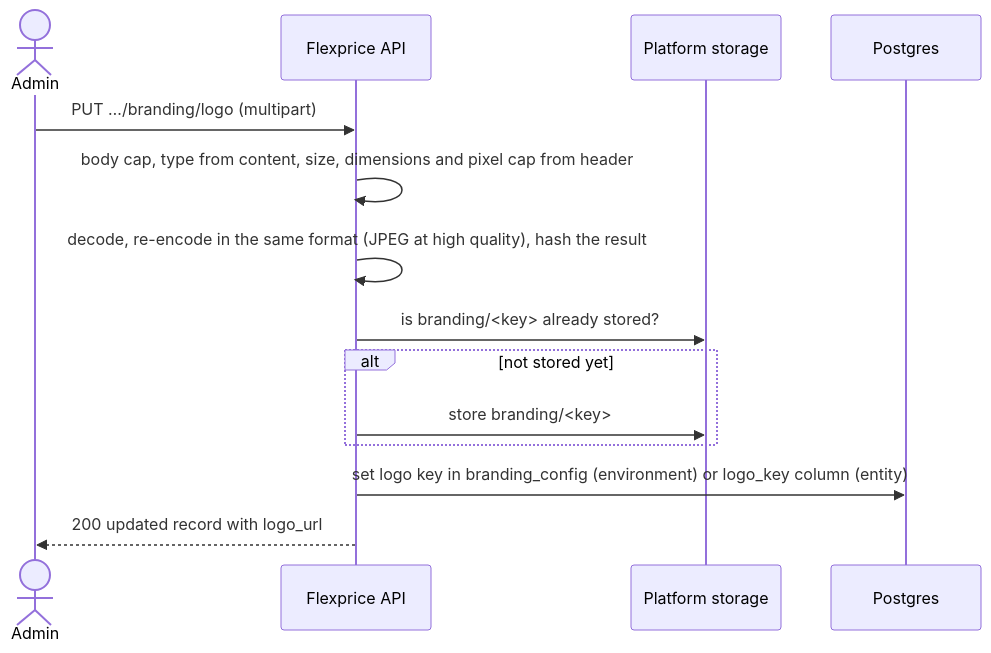
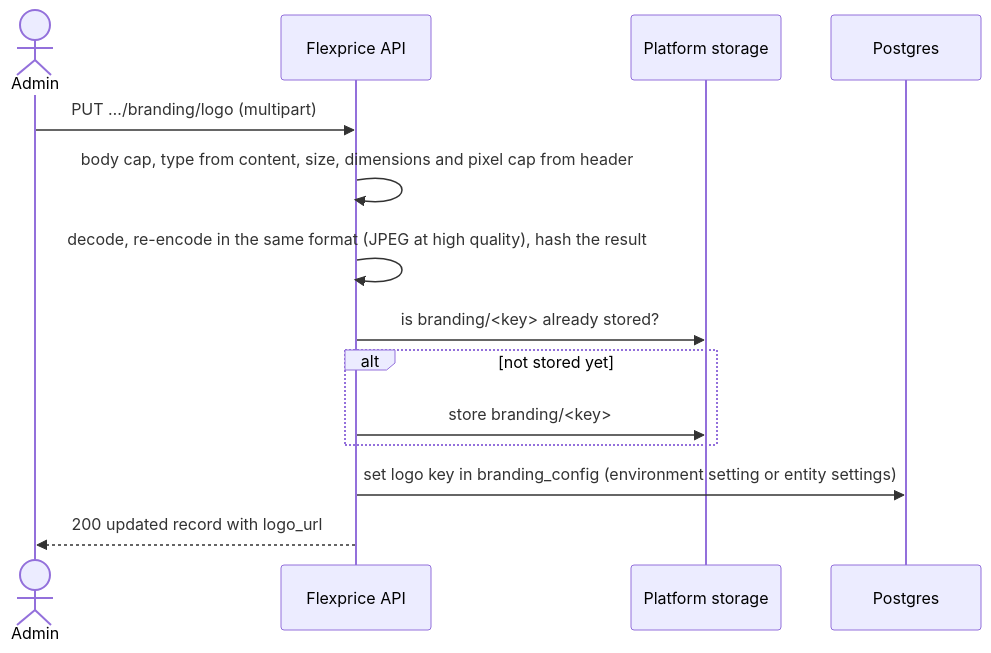
Before and after one commit to flexprice/flexprice: the third of 4 diagrams in docs/design/2026-11-12-tenant-branding-erd.md, drawn with Mermaid. The commit also changed other lines of this file and 25 other files, not shown here.

First line of the commit message:
refactor(branding): billing entity branding as a settings override

````diff
--- a/docs/design/2026-11-12-tenant-branding-erd.md
+++ b/docs/design/2026-11-12-tenant-branding-erd.md
@@ -338,16 +338,16 @@
 ```mermaid
 sequenceDiagram
   actor Admin
   participant API as Flexprice API
   participant Store as Platform storage
   participant DB as Postgres
   Admin->>API: PUT …/branding/logo (multipart)
   API->>API: body cap, type from content, size, dimensions and pixel cap from header
   API->>API: decode, re-encode in the same format (JPEG at high quality), hash the result
   API->>Store: is branding/<key> already stored?
   alt not stored yet
     API->>Store: store branding/<key>
   end
-  API->>DB: set logo key in branding_config (environment) or logo_key column (entity)
+  API->>DB: set logo key in branding_config (environment setting or entity settings)
   API-->>Admin: 200 updated record with logo_url
 ```
````
